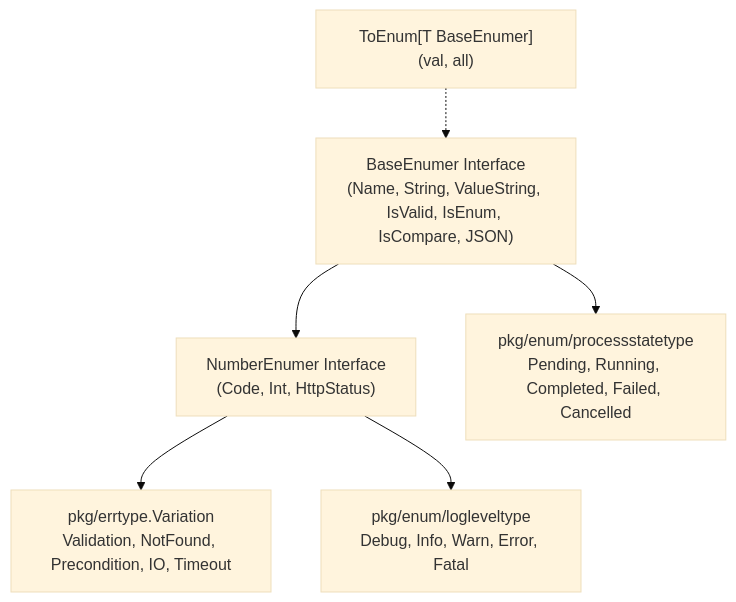
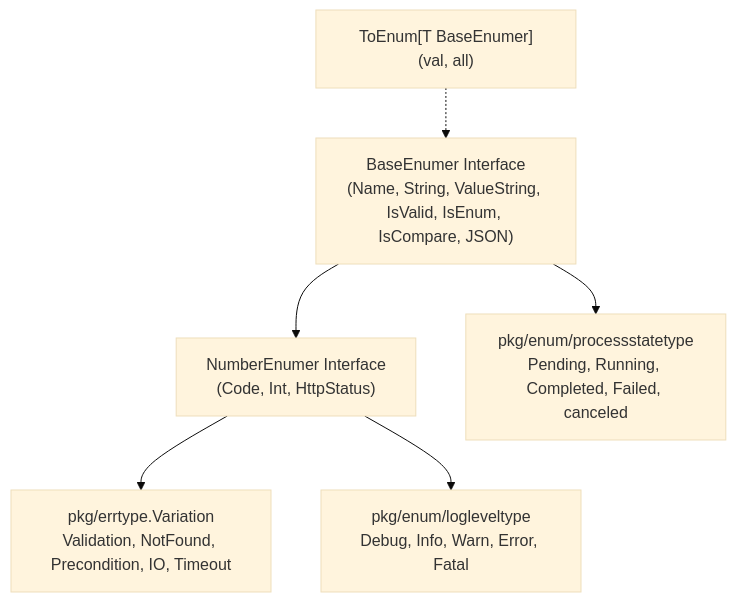
One commit to alimtvnetwork/coding-guidelines-v24 changed the diagram in 04-code/golang/pkg/errtype/readme.md. Above: the diagram before and after it, drawn with Mermaid (base theme). The commit also changed 139 other files, not shown here.

````diff
--- a/04-code/golang/pkg/errtype/readme.md
+++ b/04-code/golang/pkg/errtype/readme.md
@@ -33,13 +33,13 @@
 ```mermaid
 flowchart TD
     BaseInterface["BaseEnumer Interface\n(Name, String, ValueString, IsValid, IsEnum, IsCompare, JSON)"]
     NumberInterface["NumberEnumer Interface\n(Code, Int, HttpStatus)"]
 
     BaseInterface --> NumberInterface
 
-    BaseInterface --> ProcessState["pkg/enum/processstatetype\nPending, Running, Completed, Failed, Cancelled"]
+    BaseInterface --> ProcessState["pkg/enum/processstatetype\nPending, Running, Completed, Failed, canceled"]
     NumberInterface --> ErrorVariation["pkg/errtype.Variation\nValidation, NotFound, Precondition, IO, Timeout"]
     NumberInterface --> LogLevel["pkg/enum/logleveltype\nDebug, Info, Warn, Error, Fatal"]
 
     GenericHelper["ToEnum[T BaseEnumer](val, all)"] -.-> BaseInterface
 ```
````
